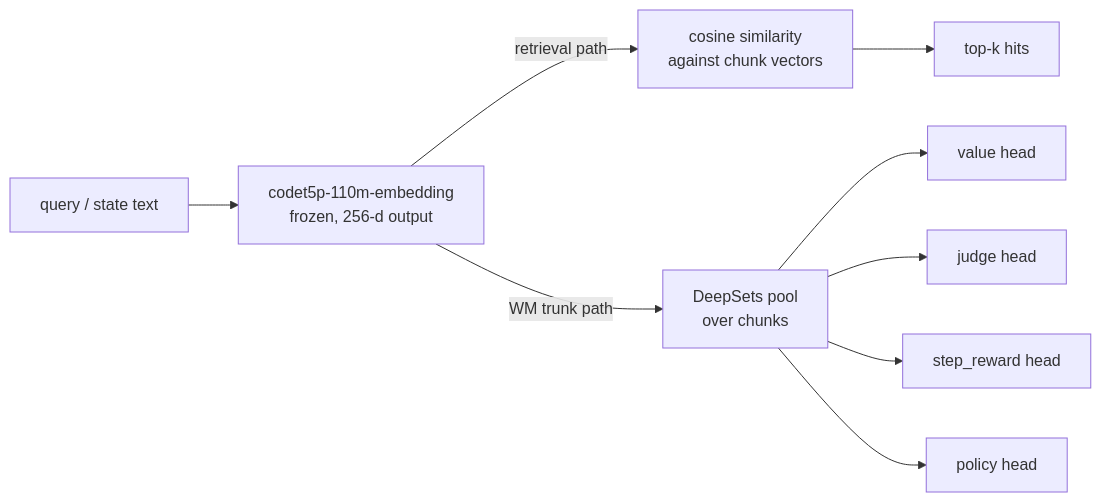
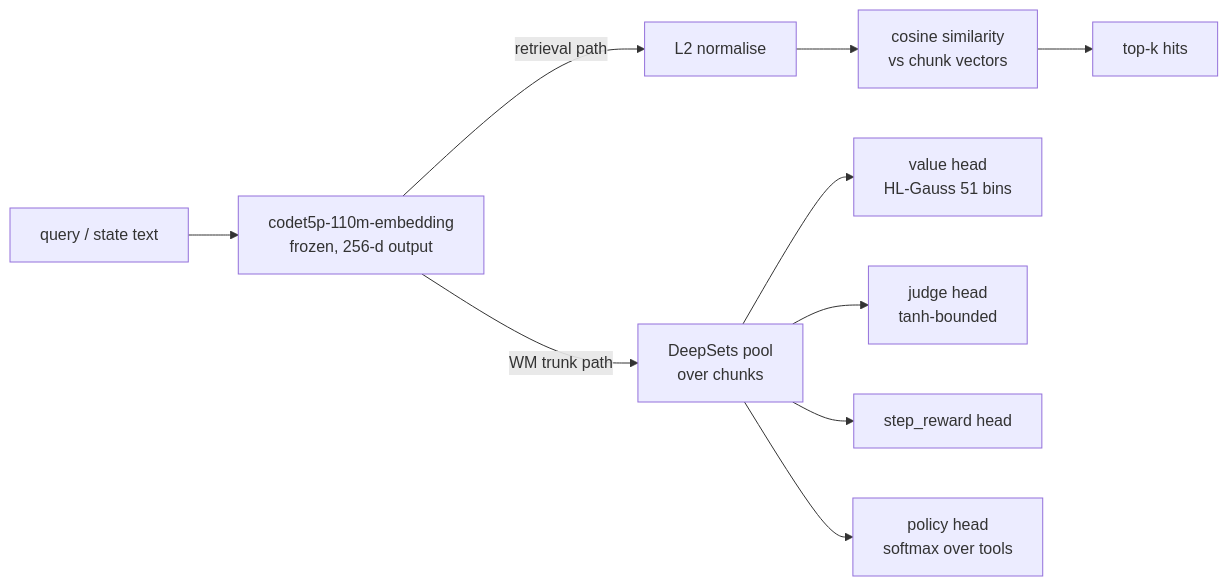
One commit to samrathchadha/perseusresearch changed the first of 3 diagrams in src/content/essays/codet5p-embedder.mdx. Above: the diagram before and after it, drawn with Mermaid. The commit also changed other lines of this file and 27 other files, not shown here.

````diff
--- a/src/content/essays/codet5p-embedder.mdx
+++ b/src/content/essays/codet5p-embedder.mdx
@@ -191,11 +99,12 @@
 ```mermaid
 flowchart LR
-    Q[query / state text] --> CT5[codet5p-110m-embedding\nfrozen, 256-d output]
-    CT5 -->|retrieval path| COS[cosine similarity\nagainst chunk vectors]
-    CT5 -->|WM trunk path| DS[DeepSets pool\nover chunks]
-    DS --> V[value head]
-    DS --> J[judge head]
+    Q[query / state text] --> CT5[codet5p-110m-embedding<br/>frozen, 256-d output]
+    CT5 -->|retrieval path| NORM[L2 normalise]
+    NORM --> COS[cosine similarity<br/>vs chunk vectors]
+    COS --> HITS[top-k hits]
+    CT5 -->|WM trunk path| DS[DeepSets pool<br/>over chunks]
+    DS --> V[value head<br/>HL-Gauss 51 bins]
+    DS --> J[judge head<br/>tanh-bounded]
     DS --> R[step_reward head]
-    DS --> P[policy head]
-    COS --> HITS[top-k hits]
+    DS --> P[policy head<br/>softmax over tools]
 ```
````
